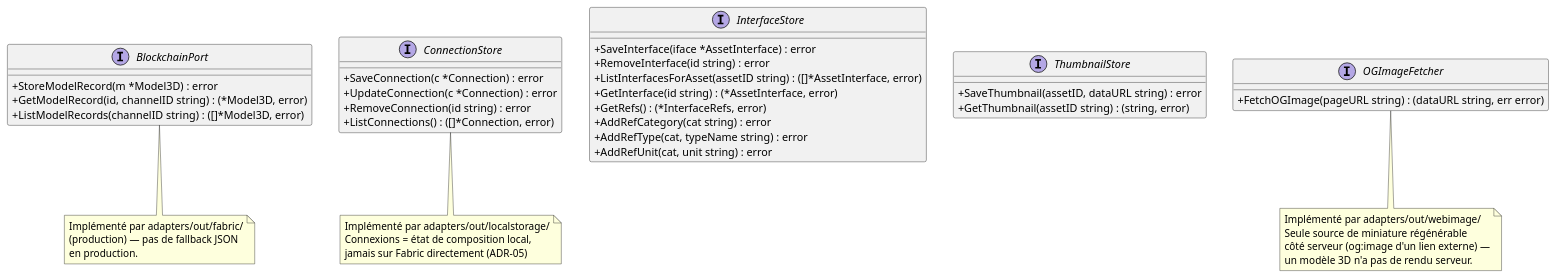
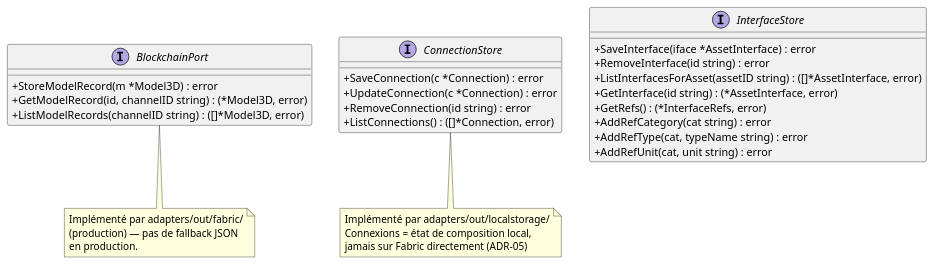
One commit to myr-forge/myr-core changed the fifth of 5 diagrams in specs/3-Conception/Architecture_Composition.md. Above: the diagram before and after it, drawn with PlantUML. The commit also changed other lines of this file and 56 other files, not shown here.

````diff
--- a/specs/3-Conception/Architecture_Composition.md
+++ b/specs/3-Conception/Architecture_Composition.md
@@ -451,58 +447,42 @@
 ```plantuml
 @startuml
 skinparam classAttributeIconSize 0
 
 interface BlockchainPort {
   + StoreModelRecord(m *Model3D) : error
   + GetModelRecord(id, channelID string) : (*Model3D, error)
   + ListModelRecords(channelID string) : ([]*Model3D, error)
 }
 
 interface ConnectionStore {
   + SaveConnection(c *Connection) : error
   + UpdateConnection(c *Connection) : error
   + RemoveConnection(id string) : error
   + ListConnections() : ([]*Connection, error)
 }
 
 interface InterfaceStore {
   + SaveInterface(iface *AssetInterface) : error
   + RemoveInterface(id string) : error
   + ListInterfacesForAsset(assetID string) : ([]*AssetInterface, error)
   + GetInterface(id string) : (*AssetInterface, error)
   + GetRefs() : (*InterfaceRefs, error)
   + AddRefCategory(cat string) : error
   + AddRefType(cat, typeName string) : error
   + AddRefUnit(cat, unit string) : error
 }
 
-interface ThumbnailStore {
-  + SaveThumbnail(assetID, dataURL string) : error
-  + GetThumbnail(assetID string) : (string, error)
-}
-
-interface OGImageFetcher {
-  + FetchOGImage(pageURL string) : (dataURL string, err error)
-}
-
 note bottom of BlockchainPort
   Implémenté par adapters/out/fabric/
   (production) — pas de fallback JSON
   en production.
 end note
 
 note bottom of ConnectionStore
   Implémenté par adapters/out/localstorage/
   Connexions = état de composition local,
   jamais sur Fabric directement (ADR-05)
 end note
 
-note bottom of OGImageFetcher
-  Implémenté par adapters/out/webimage/
-  Seule source de miniature régénérable
-  côté serveur (og:image d'un lien externe) —
-  un modèle 3D n'a pas de rendu serveur.
-end note
-
 @enduml
 ```
````
